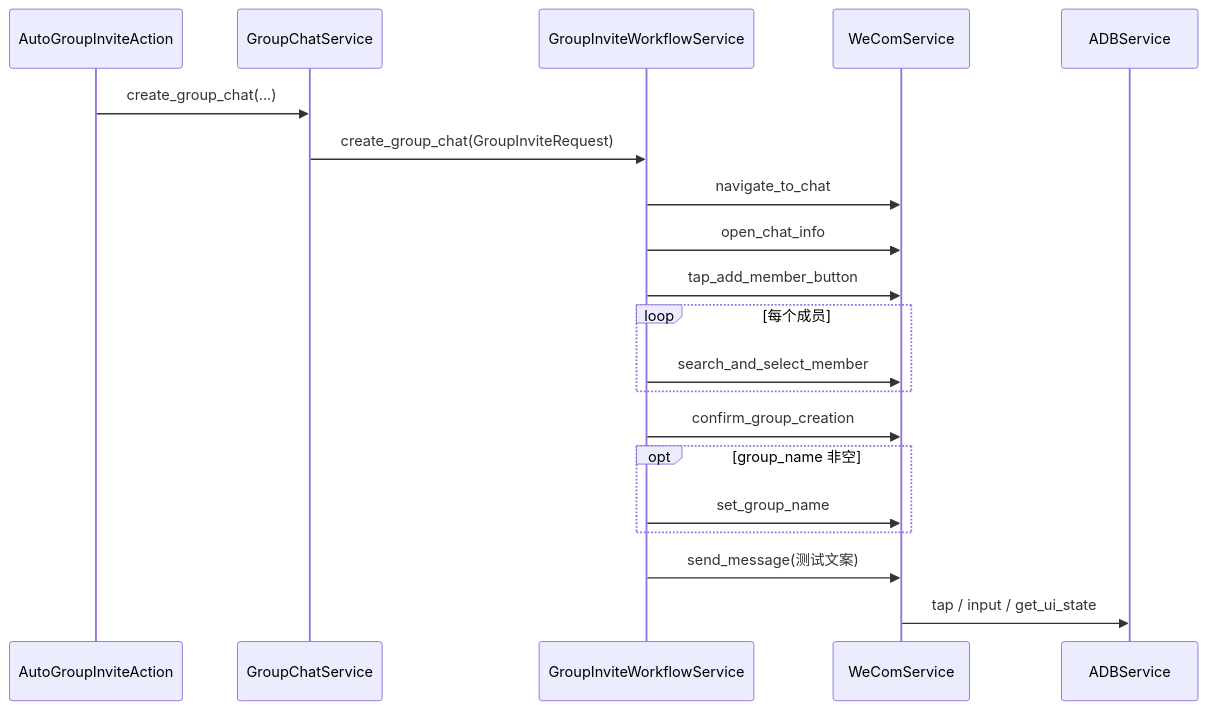
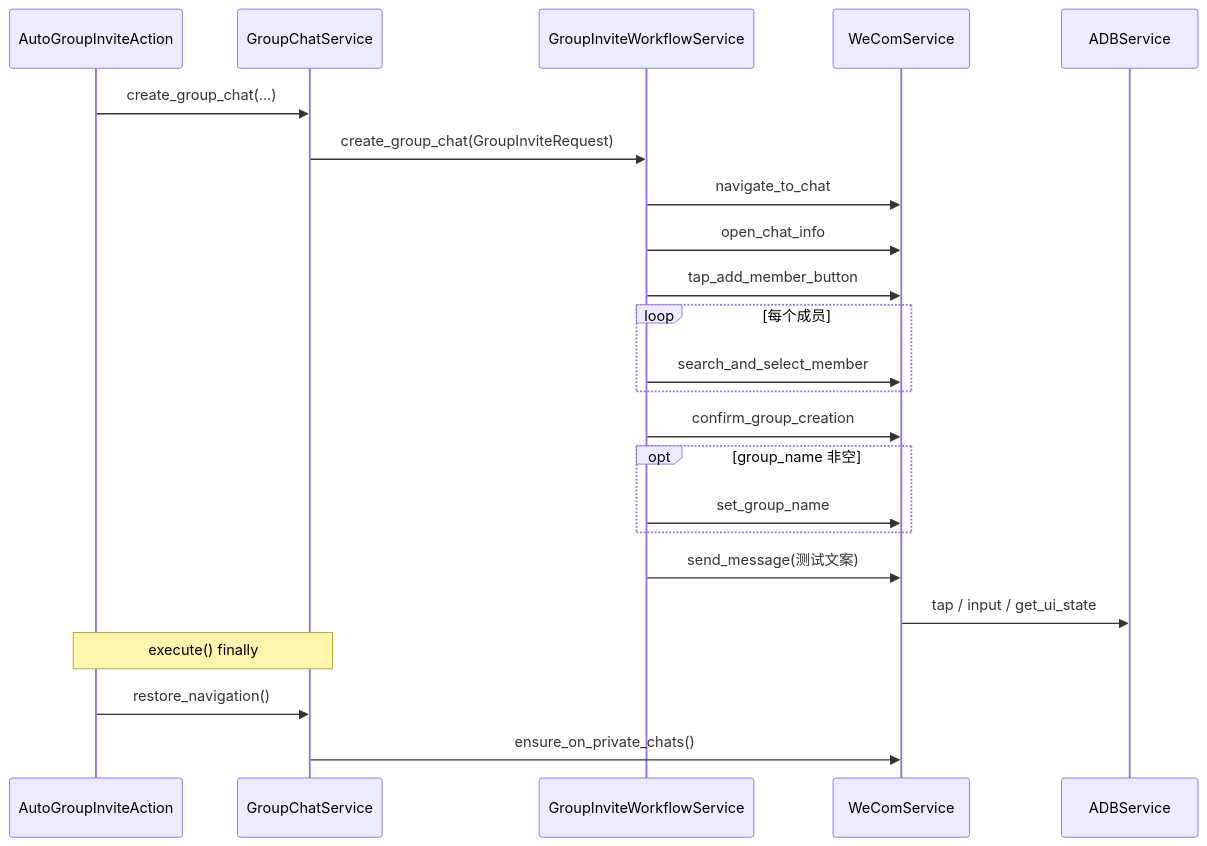
The diagram in docs/implementation/2026-04-04-android-group-invite-workflow.md (sundejia/android_run_1.0), drawn with Mermaid before and after one commit. The commit also changed other lines of this file and 10 other files, not shown here.

First line of the commit message:
fix(followup): restore private chats after auto group invite

````diff
--- a/docs/implementation/2026-04-04-android-group-invite-workflow.md
+++ b/docs/implementation/2026-04-04-android-group-invite-workflow.md
@@ -21,23 +21,26 @@
 ```mermaid
 sequenceDiagram
     participant Action as AutoGroupInviteAction
     participant GCS as GroupChatService
     participant WF as GroupInviteWorkflowService
     participant WS as WeComService
     participant ADB as ADBService
 
     Action->>GCS: create_group_chat(...)
     GCS->>WF: create_group_chat(GroupInviteRequest)
     WF->>WS: navigate_to_chat
     WF->>WS: open_chat_info
     WF->>WS: tap_add_member_button
     loop 每个成员
         WF->>WS: search_and_select_member
     end
     WF->>WS: confirm_group_creation
     opt group_name 非空
         WF->>WS: set_group_name
     end
     WF->>WS: send_message(测试文案)
     WS->>ADB: tap / input / get_ui_state
+    Note over Action,GCS: execute() finally
+    Action->>GCS: restore_navigation()
+    GCS->>WS: ensure_on_private_chats()
 ```
````
